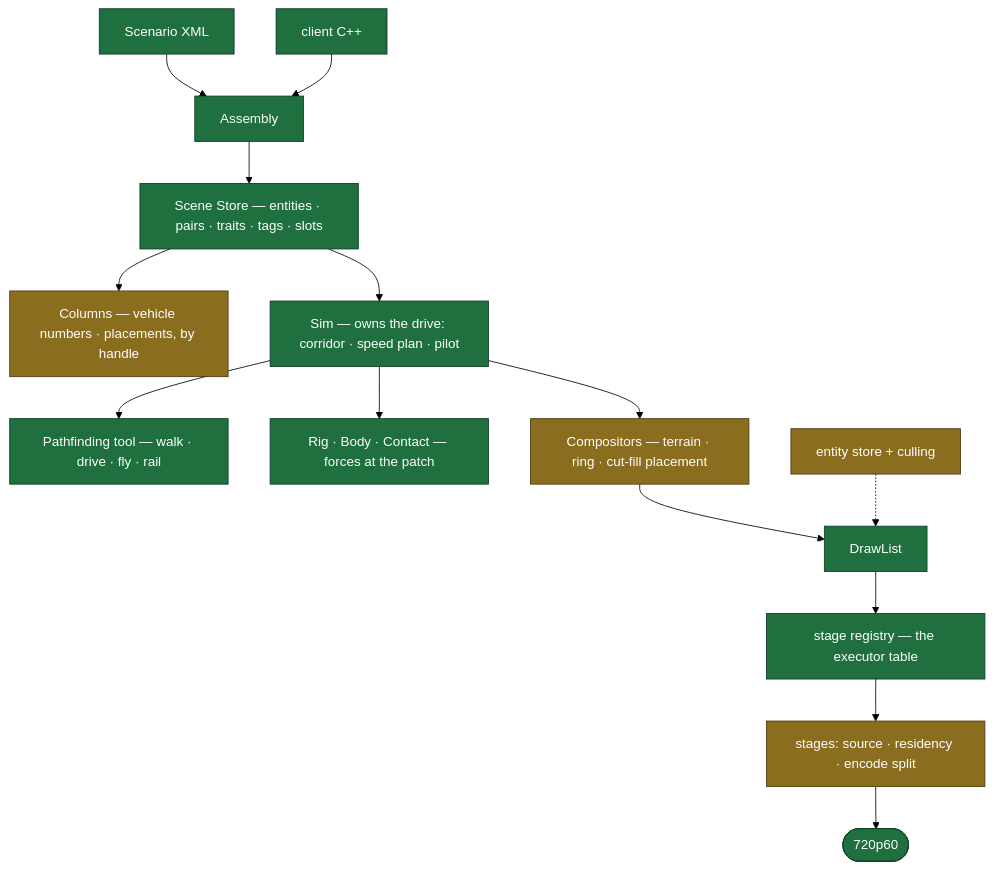
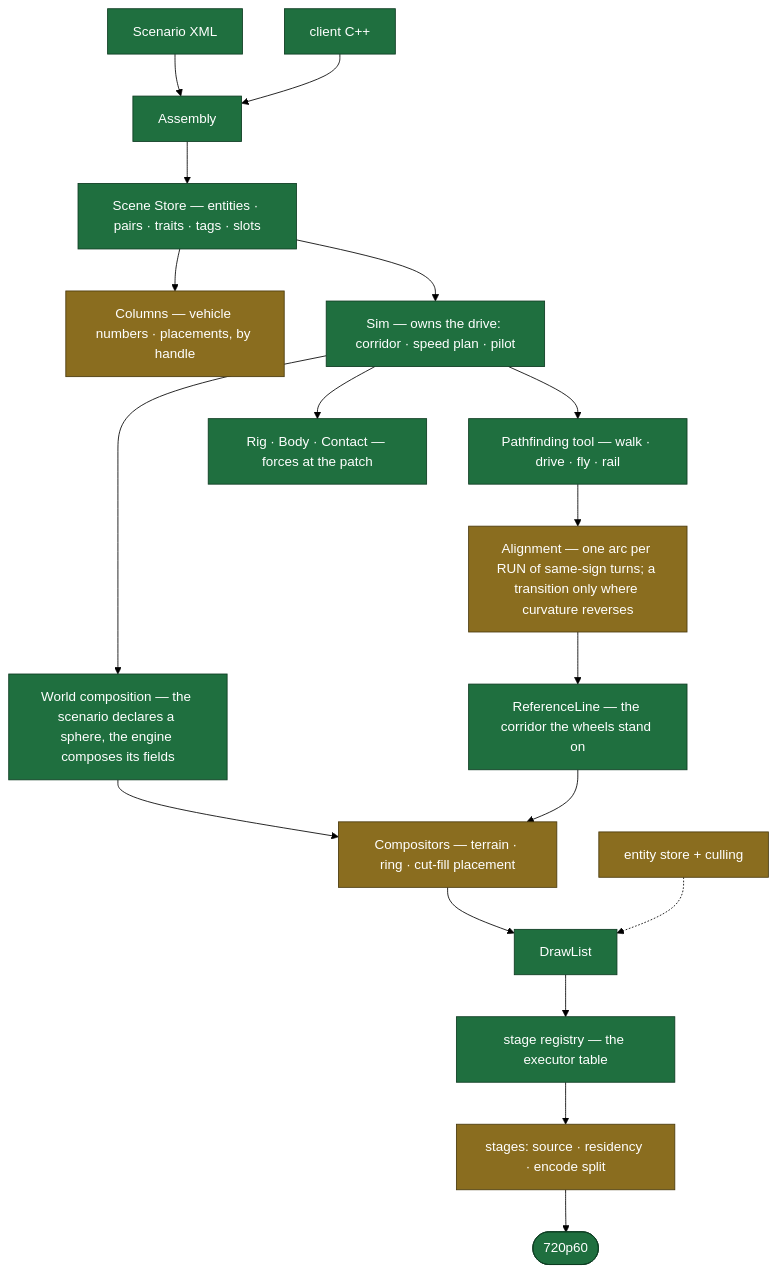
One commit to Weichwolf/outshine changed the seventh of 11 diagrams in CLAUDE.md. Above: the diagram before and after it, drawn with Mermaid (forest theme). The commit also changed other lines of this file and 10 other files, not shown here.

````diff
--- a/CLAUDE.md
+++ b/CLAUDE.md
@@ -284,20 +313,24 @@
 ```mermaid
 flowchart TD
   Scenario["Scenario XML"] --> Assembly
   ClientCode["client C++"] --> Assembly
   Assembly --> SceneStore["Scene Store — entities · pairs · traits · tags · slots"]
   SceneStore --> Columns["Columns — vehicle numbers · placements, by handle"]
   SceneStore --> SimD["Sim — owns the drive: corridor · speed plan · pilot"]
   SimD --> Pathfinding["Pathfinding tool — walk · drive · fly · rail"]
+  Pathfinding --> Alignment["Alignment — one arc per RUN of same-sign turns; a transition only where curvature reverses"]
+  Alignment --> Line["ReferenceLine — the corridor the wheels stand on"]
   SimD --> Physics["Rig · Body · Contact — forces at the patch"]
-  SimD --> Compositors["Compositors — terrain · ring · cut-fill placement"]
+  SimD --> WorldC["World composition — the scenario declares a sphere, the engine composes its fields"]
+  WorldC --> Compositors["Compositors — terrain · ring · cut-fill placement"]
+  Line --> Compositors
   Compositors --> DrawList --> Registry["stage registry — the executor table"]
   Registry --> Stages["stages: source · residency · encode split"]
   Stages --> Frame(["720p60"])
   Entities["entity store + culling"] -.-> DrawList
 
   classDef sure fill:#1f6f3f,stroke:#0d3b21,color:#fff
   classDef likely fill:#8a6d1f,stroke:#4a3a0d,color:#fff
-  class Scenario,ClientCode,Assembly,SceneStore,SimD,Pathfinding,Physics,Registry,DrawList,Frame sure
-  class Columns,Compositors,Stages,Entities likely
+  class Scenario,ClientCode,Assembly,SceneStore,SimD,Pathfinding,Physics,Registry,DrawList,Frame,WorldC,Line sure
+  class Columns,Compositors,Stages,Entities,Alignment likely
 ```
````
